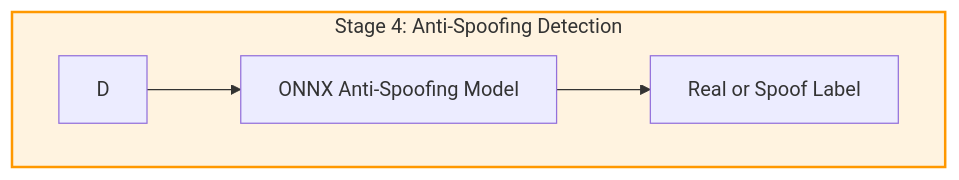
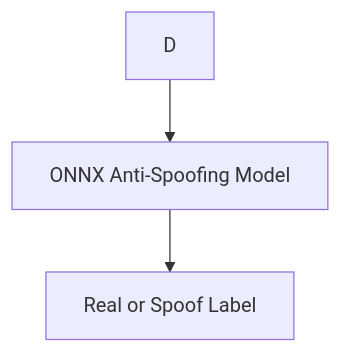
One commit to Tharun-selladurai/face_liveliness_web_platform changed the fourth of 6 diagrams in README.md. Above: the diagram before and after it, drawn with Mermaid. The commit also changed other lines of this file, not shown here.

````diff
--- a/README.md
+++ b/README.md
@@ -59,8 +96,5 @@
-```mermaid
-graph TD;
-    subgraph Stage4[Stage 4: Anti-Spoofing Detection]
-    style Stage4 fill:#FFF3E0,stroke:#FF9800,stroke-width:2px;
-        D --> H[ONNX Anti-Spoofing Model]
-        H --> I[Real or Spoof Label]
-    end
-```
+   ```mermaid
+   graph TD;
+       D --> G[ONNX Anti-Spoofing Model];
+       G --> H[Real or Spoof Label];
+   ```
````
